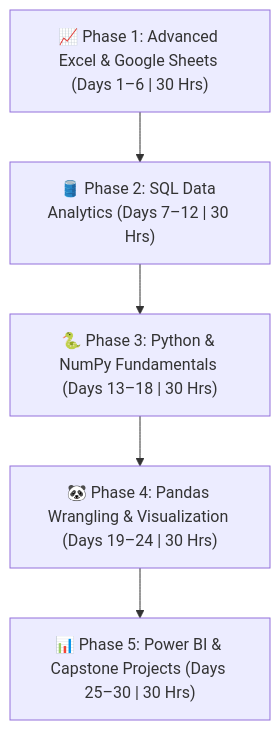
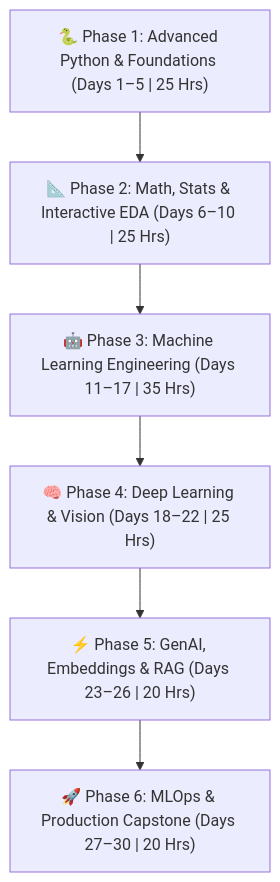
Before and after one commit to SahilShaikh-py/Advanced-Python-Data-Science-: the diagram in README.md, drawn with Mermaid. The commit also changed other lines of this file and 37 other files, not shown here.

````diff
--- a/README.md
+++ b/README.md
@@ -16,7 +17,8 @@
 ```mermaid
 flowchart TD
-    A["📈 Phase 1: Advanced Excel & Google Sheets (Days 1–6 | 30 Hrs)"] --> B["🛢️ Phase 2: SQL Data Analytics (Days 7–12 | 30 Hrs)"]
-    B --> C["🐍 Phase 3: Python & NumPy Fundamentals (Days 13–18 | 30 Hrs)"]
-    C --> D["🐼 Phase 4: Pandas Wrangling & Visualization (Days 19–24 | 30 Hrs)"]
-    D --> E["📊 Phase 5: Power BI & Capstone Projects (Days 25–30 | 30 Hrs)"]
+    A["🐍 Phase 1: Advanced Python & Foundations (Days 1–5 | 25 Hrs)"] --> B["📐 Phase 2: Math, Stats & Interactive EDA (Days 6–10 | 25 Hrs)"]
+    B --> C["🤖 Phase 3: Machine Learning Engineering (Days 11–17 | 35 Hrs)"]
+    C --> D["🧠 Phase 4: Deep Learning & Vision (Days 18–22 | 25 Hrs)"]
+    D --> E["⚡ Phase 5: GenAI, Embeddings & RAG (Days 23–26 | 20 Hrs)"]
+    E --> F["🚀 Phase 6: MLOps & Production Capstone (Days 27–30 | 20 Hrs)"]
 ```
````
